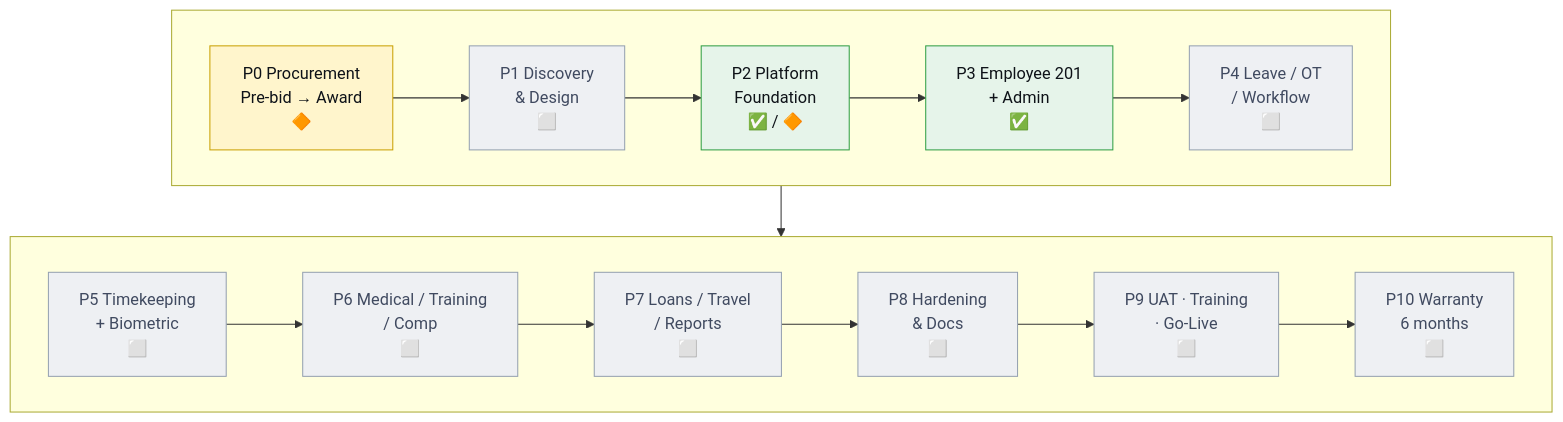
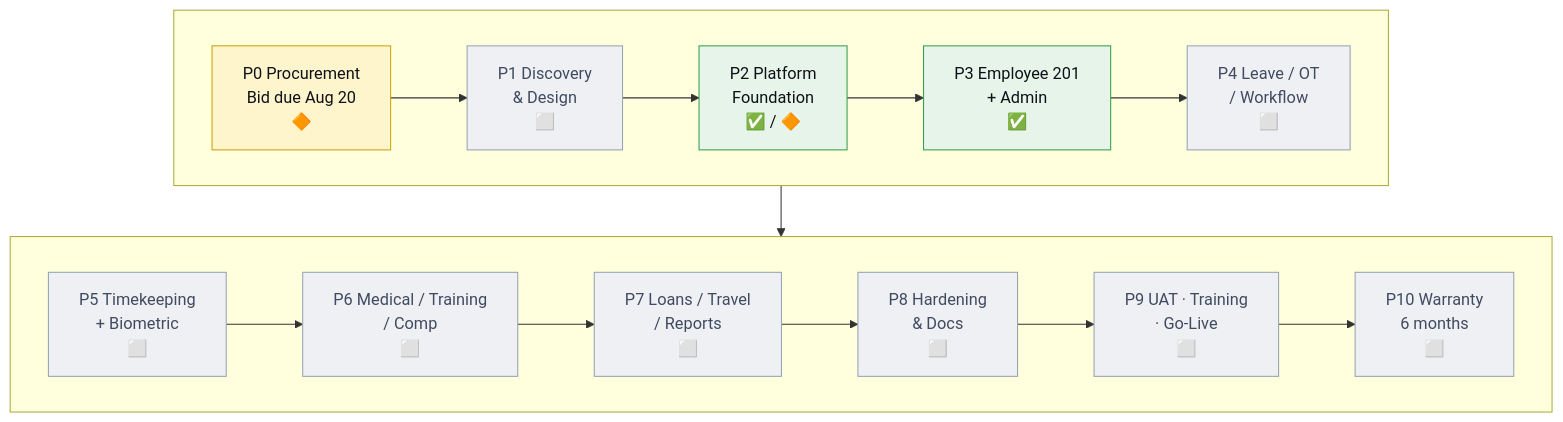
Before and after one commit to landogz/PCSPC: the first of 4 diagrams in docs/PROJECT_PLAN.md, drawn with Mermaid. The commit also changed other lines of this file and 5 other files, not shown here.

````diff
--- a/docs/PROJECT_PLAN.md
+++ b/docs/PROJECT_PLAN.md
@@ -37,26 +37,26 @@
 ```mermaid
 flowchart TB
   subgraph R1[" "]
     direction LR
-    P0["P0 Procurement<br/>Pre-bid → Award<br/>🔶"] --> P1["P1 Discovery<br/>& Design<br/>⬜"]
+    P0["P0 Procurement<br/>Bid due Aug 20<br/>🔶"] --> P1["P1 Discovery<br/>& Design<br/>⬜"]
     P1 --> P2["P2 Platform<br/>Foundation<br/>✅ / 🔶"]
     P2 --> P3["P3 Employee 201<br/>+ Admin<br/>✅"]
     P3 --> P4["P4 Leave / OT<br/>/ Workflow<br/>⬜"]
   end
   subgraph R2[" "]
     direction LR
     P5["P5 Timekeeping<br/>+ Biometric<br/>⬜"] --> P6["P6 Medical / Training<br/>/ Comp<br/>⬜"]
     P6 --> P7["P7 Loans / Travel<br/>/ Reports<br/>⬜"]
     P7 --> P8["P8 Hardening<br/>& Docs<br/>⬜"]
     P8 --> P9["P9 UAT · Training<br/>· Go-Live<br/>⬜"]
     P9 --> P10["P10 Warranty<br/>6 months<br/>⬜"]
   end
   R1 --> R2
 
   classDef done fill:#e6f4ea,stroke:#2f9e44,color:#0e1218
   classDef partial fill:#fff5cc,stroke:#c9a000,color:#0e1218
   classDef todo fill:#eef0f3,stroke:#94a0b0,color:#404a60
   class P2,P3 done
   class P0 partial
   class P1,P4,P5,P6,P7,P8,P9,P10 todo
 ```
````
